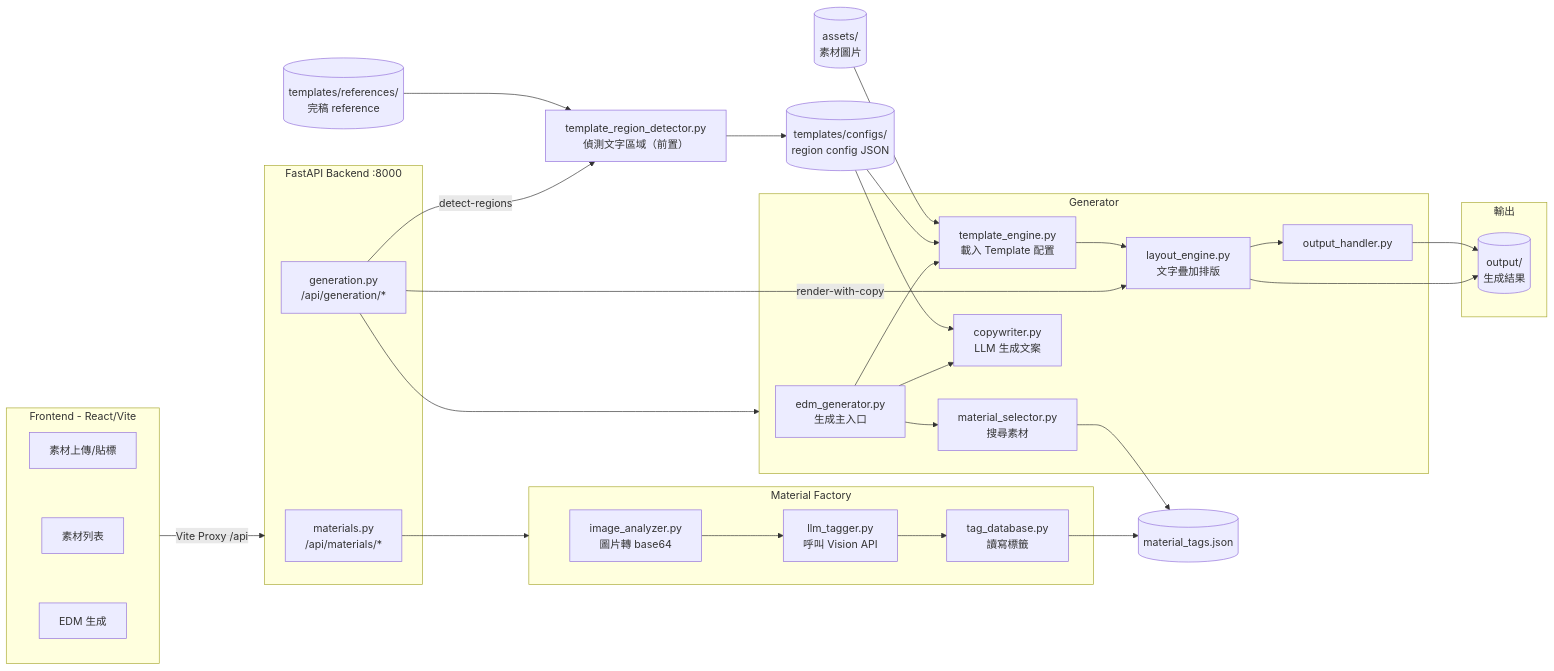
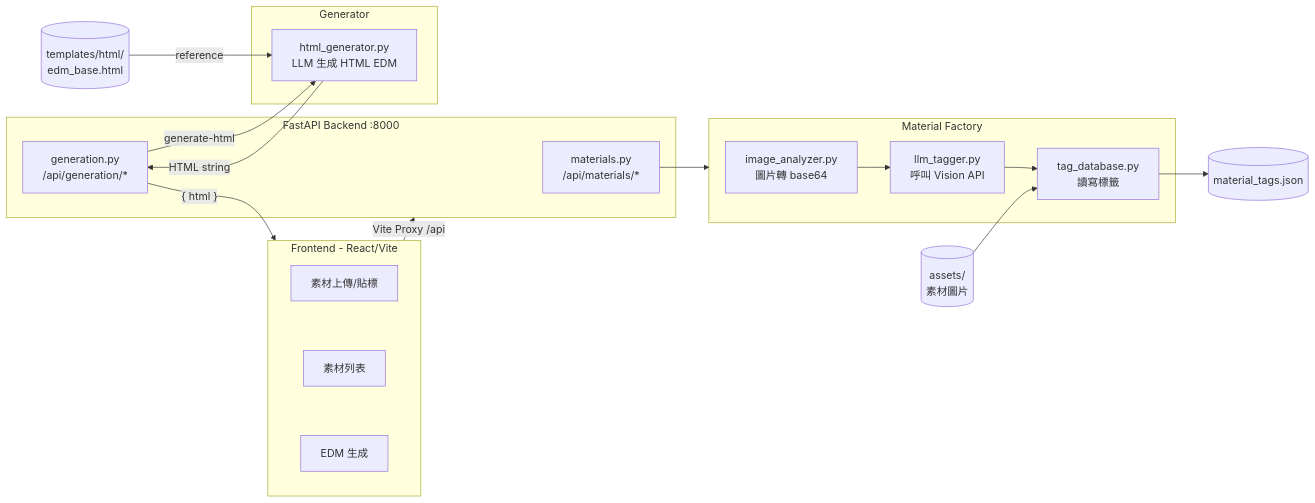
Before and after one commit to SamLai228/creative_agent: the diagram in docs/architecture.md, drawn with Mermaid. The commit also changed 11 other files, not shown here.

First line of the commit message:
feat: replace image overlay with HTML EDM generation

````diff
--- a/docs/architecture.md
+++ b/docs/architecture.md
@@ -3,66 +3,43 @@
 ```mermaid
 flowchart LR
     subgraph Frontend["Frontend - React/Vite"]
         direction TB
         UI_Upload["素材上傳/貼標"]
         UI_List["素材列表"]
         UI_Generate["EDM 生成"]
         UI_Upload ~~~ UI_List ~~~ UI_Generate
     end
 
     subgraph Backend["FastAPI Backend :8000"]
         R_Materials["materials.py<br/>/api/materials/*"]
         R_Generation["generation.py<br/>/api/generation/*"]
     end
 
     subgraph MaterialFactory["Material Factory"]
         ImageAnalyzer["image_analyzer.py<br/>圖片轉 base64"]
         LLMTagger["llm_tagger.py<br/>呼叫 Vision API"]
         TagDatabase["tag_database.py<br/>讀寫標籤"]
     end
 
     subgraph Generator["Generator"]
-        EDMGenerator["edm_generator.py<br/>生成主入口"]
-        MaterialSelector["material_selector.py<br/>搜尋素材"]
-        TemplateEngine["template_engine.py<br/>載入 Template 配置"]
-        LayoutEngine["layout_engine.py<br/>文字疊加排版"]
-        Copywriter["copywriter.py<br/>LLM 生成文案"]
-        OutputHandler["output_handler.py"]
+        HTMLGenerator["html_generator.py<br/>LLM 生成 HTML EDM"]
     end
-
-    RegionDetector["template_region_detector.py<br/>偵測文字區域（前置）"]
 
     DB[("material_tags.json")]
     Assets[("assets/<br/>素材圖片")]
-    TplRefs[("templates/references/<br/>完稿 reference")]
-    TplConfigs[("templates/configs/<br/>region config JSON")]
-
-    subgraph OutputZone["輸出"]
-        Output[("output/<br/>生成結果")]
-    end
+    HTMLBase[("templates/html/<br/>edm_base.html")]
 
     Frontend -->|"Vite Proxy /api"| Backend
 
     R_Materials --> MaterialFactory
-    R_Generation --> Generator
-    R_Generation -->|"render-with-copy"| LayoutEngine
+    R_Generation -->|"generate-html"| HTMLGenerator
 
     ImageAnalyzer --> LLMTagger
     LLMTagger --> TagDatabase
     TagDatabase --> DB
+    Assets --> TagDatabase
 
-    R_Generation -->|"detect-regions"| RegionDetector
-    EDMGenerator --> MaterialSelector
-    EDMGenerator --> Copywriter
-    EDMGenerator --> TemplateEngine
-    MaterialSelector --> DB
-    TplRefs --> RegionDetector
-    RegionDetector --> TplConfigs
-    TplConfigs --> Copywriter
-    TplConfigs --> TemplateEngine
-    Assets --> TemplateEngine
-    TemplateEngine --> LayoutEngine
-    LayoutEngine --> OutputHandler
-    LayoutEngine --> Output
-    OutputHandler --> Output
+    HTMLBase -->|"reference"| HTMLGenerator
+    HTMLGenerator -->|"HTML string"| R_Generation
+    R_Generation -->|"{ html }"| Frontend
 ```
````
